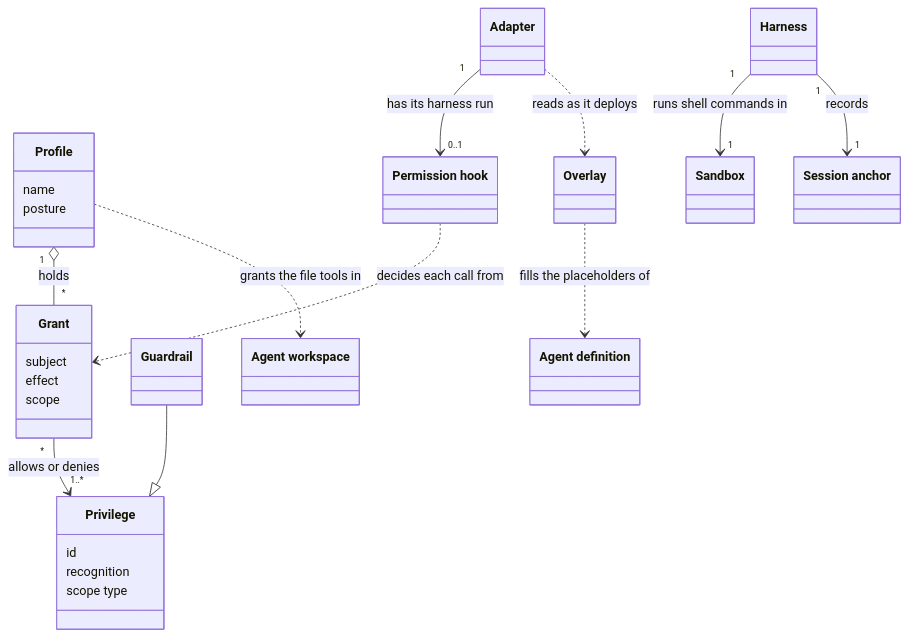
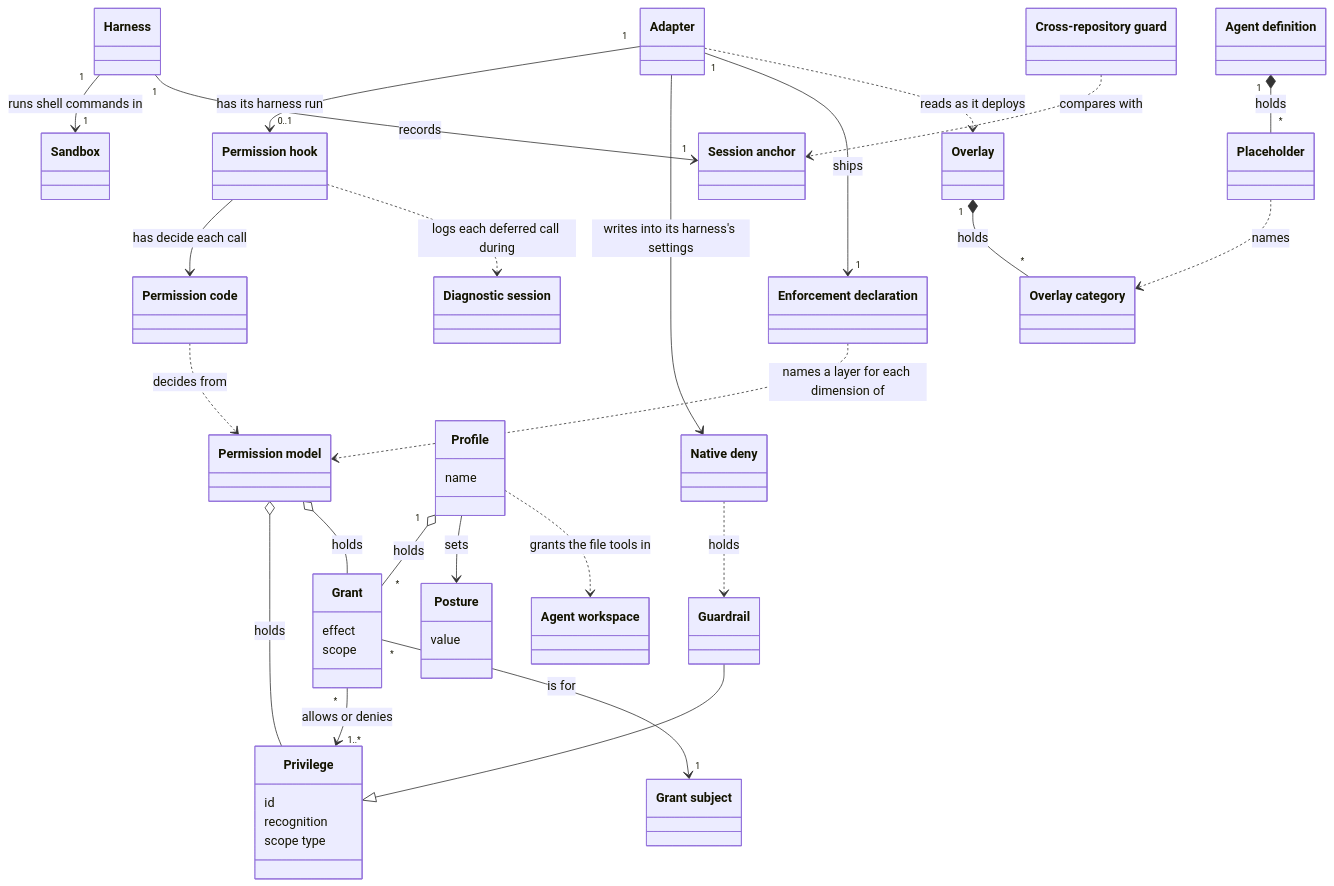
Before and after one commit to aleskalfas/project-kit: the first of 3 diagrams in tech-docs/analysis/core/domain-model/080-agents-and-permissions.md, drawn with Mermaid. The commit also changed other lines of this file and 7 other files, not shown here.

First line of the commit message:
docs: the core's domain-model views explain each new term

````diff
--- a/tech-docs/analysis/core/domain-model/080-agents-and-permissions.md
+++ b/tech-docs/analysis/core/domain-model/080-agents-and-permissions.md
@@ -52,38 +75,61 @@
 ```mermaid
 classDiagram
   accTitle: Agents and permissions
-  accDescr: A grant allows or denies one or more privileges to a subject, within a scope where it names one. A guardrail is a privilege denied to every subject. A profile holds grants and a posture, and grants the privilege of the agent workspace. An adapter has its harness run the permission hook, which decides each tool call from the grants. The harness runs shell commands in the sandbox, and records the session anchor. An adapter reads the overlay as it deploys an agent definition.
+  accDescr: The permission model holds the privileges, the grants and the guardrails. A grant allows or denies one or more privileges to one grant subject, within a scope where it names one. A guardrail is a privilege denied to every grant subject. A profile holds grants and sets a posture, and grants the privilege of the agent workspace. An adapter has its harness run the permission hook, which has the permission code decide each tool call from the model. An adapter writes native denies into its harness's settings, which hold each guardrail, and ships an enforcement declaration for the model. The permission hook logs each call it defers while a diagnostic session is on. The harness runs shell commands in the sandbox, and records the session anchor, which the cross-repository guard compares with. An adapter reads the overlay as it deploys an agent definition. The overlay holds overlay categories, and each placeholder of an agent definition names one.
+  class PermissionModel["Permission model"]
   class Privilege {
     id
     recognition
     scope type
   }
   class Grant {
-    subject
     effect
     scope
   }
+  class GrantSubject["Grant subject"]
   class Guardrail
   class Profile {
     name
-    posture
+  }
+  class Posture {
+    value
   }
   class PermissionHook["Permission hook"]
+  class PermissionCode["Permission code"]
+  class NativeDeny["Native deny"]
+  class EnforcementDeclaration["Enforcement declaration"]
+  class DiagnosticSession["Diagnostic session"]
   class Sandbox
   class Overlay
+  class OverlayCategory["Overlay category"]
+  class Placeholder
   class AgentWorkspace["Agent workspace"]
   class SessionAnchor["Session anchor"]
+  class CrossRepositoryGuard["Cross-repository guard"]
   class AgentDefinition["Agent definition"]
   class Adapter
   class Harness
+  PermissionModel o-- Privilege : holds
+  PermissionModel o-- Grant : holds
   Grant "*" --> "1..*" Privilege : allows or denies
+  Grant "*" --> "1" GrantSubject : is for
   Guardrail --|> Privilege
   Profile "1" o-- "*" Grant : holds
+  Profile --> Posture : sets
   Profile ..> AgentWorkspace : grants the file tools in
   Adapter "1" --> "0..1" PermissionHook : has its harness run
-  PermissionHook ..> Grant : decides each call from
+  PermissionHook --> PermissionCode : has decide each call
+  PermissionCode ..> PermissionModel : decides from
+  Adapter --> NativeDeny : writes into its harness's settings
+  NativeDeny ..> Guardrail : holds
+  Adapter "1" --> "1" EnforcementDeclaration : ships
+  EnforcementDeclaration ..> PermissionModel : names a layer for each dimension of
+  PermissionHook ..> DiagnosticSession : logs each deferred call during
   Harness "1" --> "1" Sandbox : runs shell commands in
   Harness "1" --> "1" SessionAnchor : records
+  CrossRepositoryGuard ..> SessionAnchor : compares with
   Adapter ..> Overlay : reads as it deploys
-  Overlay ..> AgentDefinition : fills the placeholders of
+  Overlay "1" *-- "*" OverlayCategory : holds
+  AgentDefinition "1" *-- "*" Placeholder : holds
+  Placeholder ..> OverlayCategory : names
 ```
````
